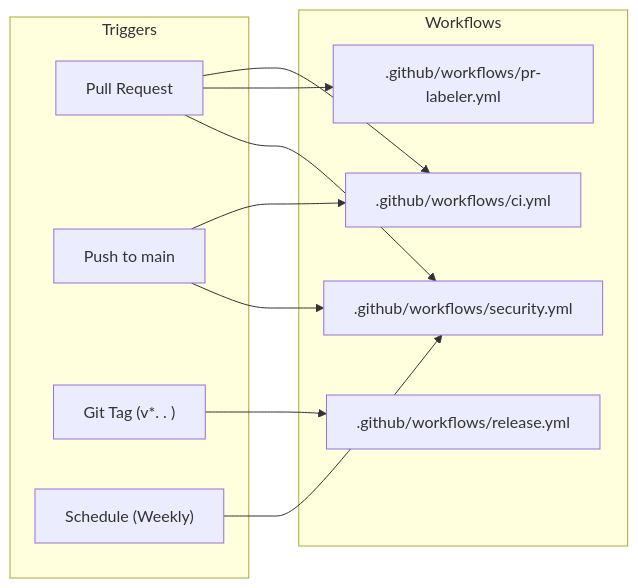
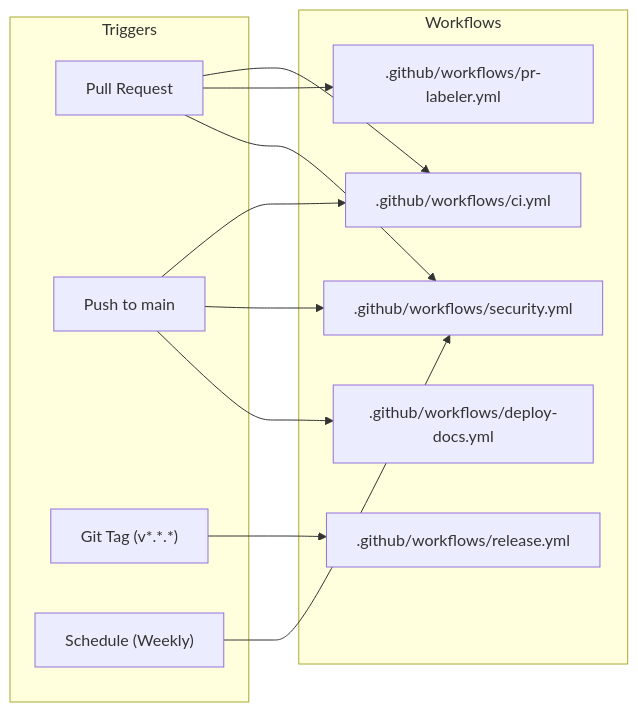
Before and after one commit to Kuldeep2822k/cli: the first of 2 diagrams in docs/07-0-cicd-and-release-pipeline.md, drawn with Mermaid. The commit also changed other lines of this file and 11 other files, not shown here.

Commit message:
fix(docs): synchronize technical specifications, formulas, and diagrams across all 30 documents

````diff
--- a/docs/07-0-cicd-and-release-pipeline.md
+++ b/docs/07-0-cicd-and-release-pipeline.md
@@ -27,22 +29,24 @@
 ```mermaid
 flowchart LR
     subgraph Workflows
         CI[".github/workflows/ci.yml"]
         SEC[".github/workflows/security.yml"]
         REL[".github/workflows/release.yml"]
         LAB[".github/workflows/pr-labeler.yml"]
+        DOCS[".github/workflows/deploy-docs.yml"]
     end
     subgraph Triggers
         PR["Pull Request"]
         PushMain["Push to main"]
-        Tag["Git Tag (v*. . )"]
+        Tag["Git Tag (v*.*.*)"]
         Sched["Schedule (Weekly)"]
     end
     PR --> CI
     PR --> LAB
     PR --> SEC
     PushMain --> CI
     PushMain --> SEC
+    PushMain --> DOCS
     Tag --> REL
     Sched --> SEC
 ```
````
